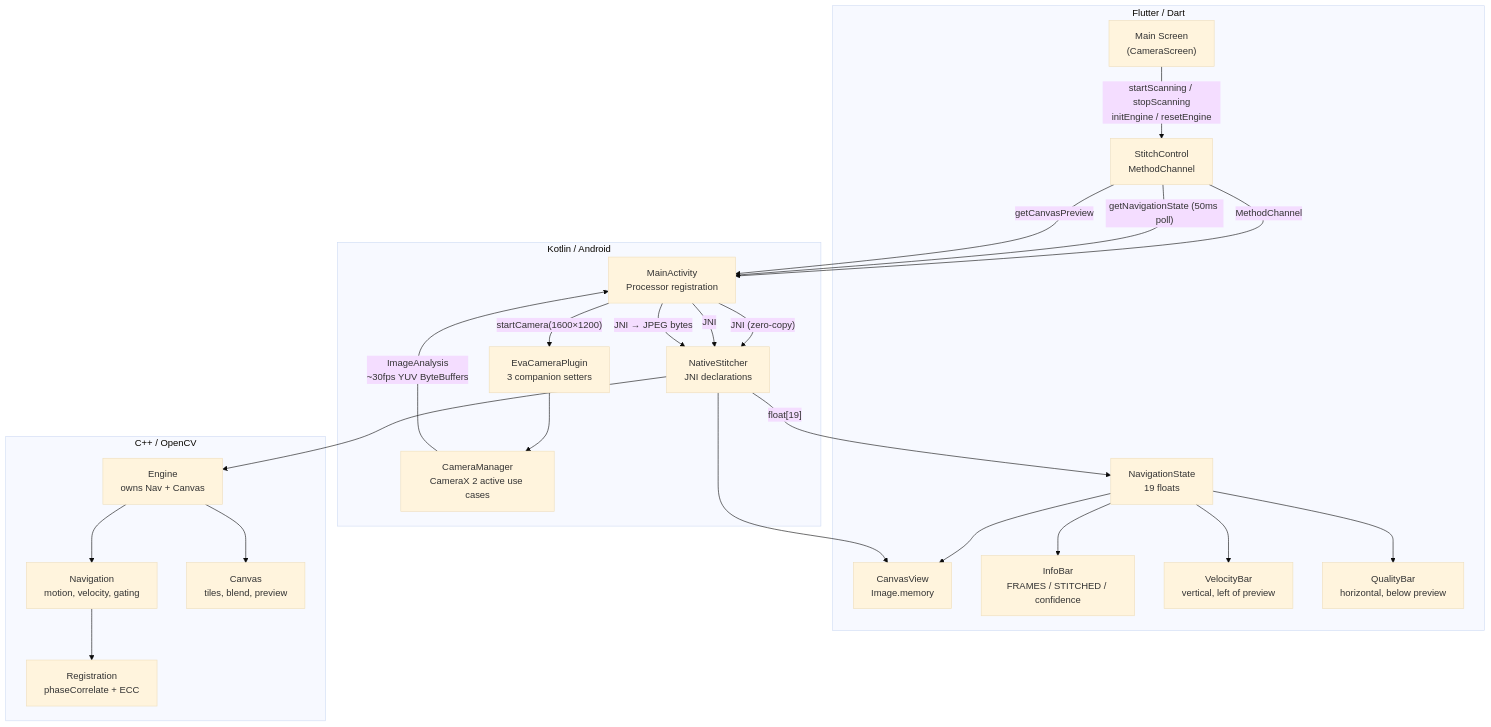
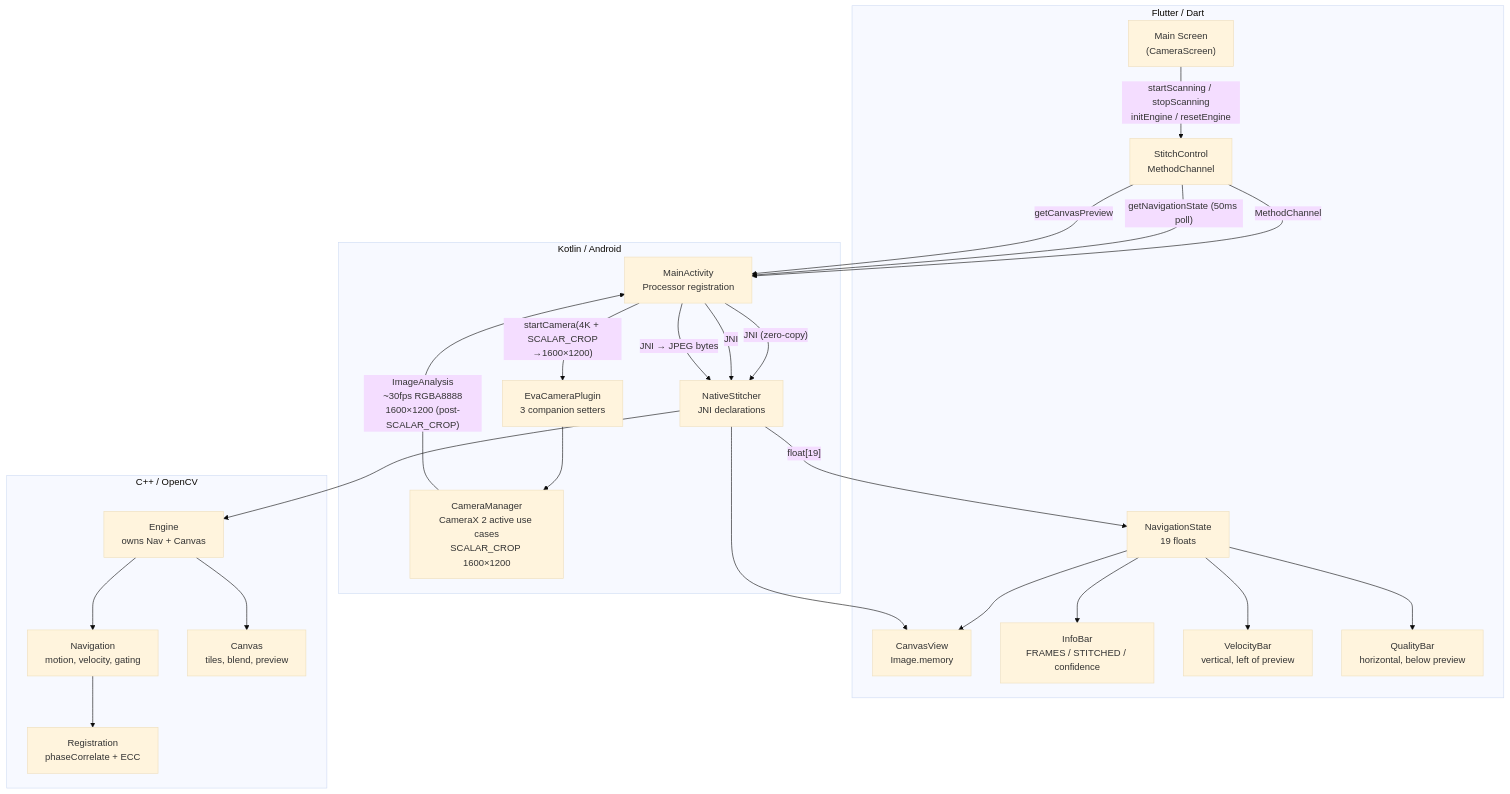
Before and after one commit to Shreeyak/eva_stitcher_minimal: the first of 8 diagrams in docs/claude-plan-stitching-v3/03_Architecture.md, drawn with Mermaid (base theme). The commit also changed other lines of this file and 2 other files, not shown here.

````diff
--- a/docs/claude-plan-stitching-v3/03_Architecture.md
+++ b/docs/claude-plan-stitching-v3/03_Architecture.md
@@ -12,51 +12,51 @@
 ```mermaid
 graph TB
     subgraph "Flutter / Dart"
         UI["Main Screen<br/>(CameraScreen)"]
         CV["CanvasView<br/>Image.memory"]
         IB["InfoBar<br/>FRAMES / STITCHED / confidence"]
         VB["VelocityBar<br/>vertical, left of preview"]
         QB["QualityBar<br/>horizontal, below preview"]
         SC["StitchControl<br/>MethodChannel"]
         NS["NavigationState<br/>19 floats"]
     end
 
     subgraph "Kotlin / Android"
         MA["MainActivity<br/>Processor registration"]
         EP["EvaCameraPlugin<br/>3 companion setters"]
-        CM["CameraManager<br/>CameraX 2 active use cases"]
+        CM["CameraManager<br/>CameraX 2 active use cases<br/>SCALAR_CROP 1600×1200"]
         NJ["NativeStitcher<br/>JNI declarations"]
     end
 
     subgraph "C++ / OpenCV"
         ENG["Engine<br/>owns Nav + Canvas"]
         NAV["Navigation<br/>motion, velocity, gating"]
         CAN["Canvas<br/>tiles, blend, preview"]
         REG["Registration<br/>phaseCorrelate + ECC"]
     end
 
     UI -->|"startScanning / stopScanning<br/>initEngine / resetEngine"| SC
     SC -->|MethodChannel| MA
-    MA -->|"startCamera(1600×1200)"| EP
+    MA -->|"startCamera(4K + SCALAR_CROP\n→1600×1200)"| EP
     EP --> CM
 
-    CM -->|"ImageAnalysis<br/>~30fps YUV ByteBuffers"| MA
+    CM -->|"ImageAnalysis<br/>~30fps RGBA8888<br/>1600×1200 (post-SCALAR_CROP)"| MA
     MA -->|"JNI (zero-copy)"| NJ
     NJ --> ENG
 
     ENG --> NAV
     ENG --> CAN
     NAV --> REG
 
     SC -->|"getNavigationState (50ms poll)"| MA
     MA -->|JNI| NJ
     NJ -->|"float[19]"| NS
     NS --> IB
     NS --> VB
     NS --> QB
     NS --> CV
 
     SC -->|"getCanvasPreview"| MA
     MA -->|"JNI → JPEG bytes"| NJ
     NJ --> CV
 ```
````
